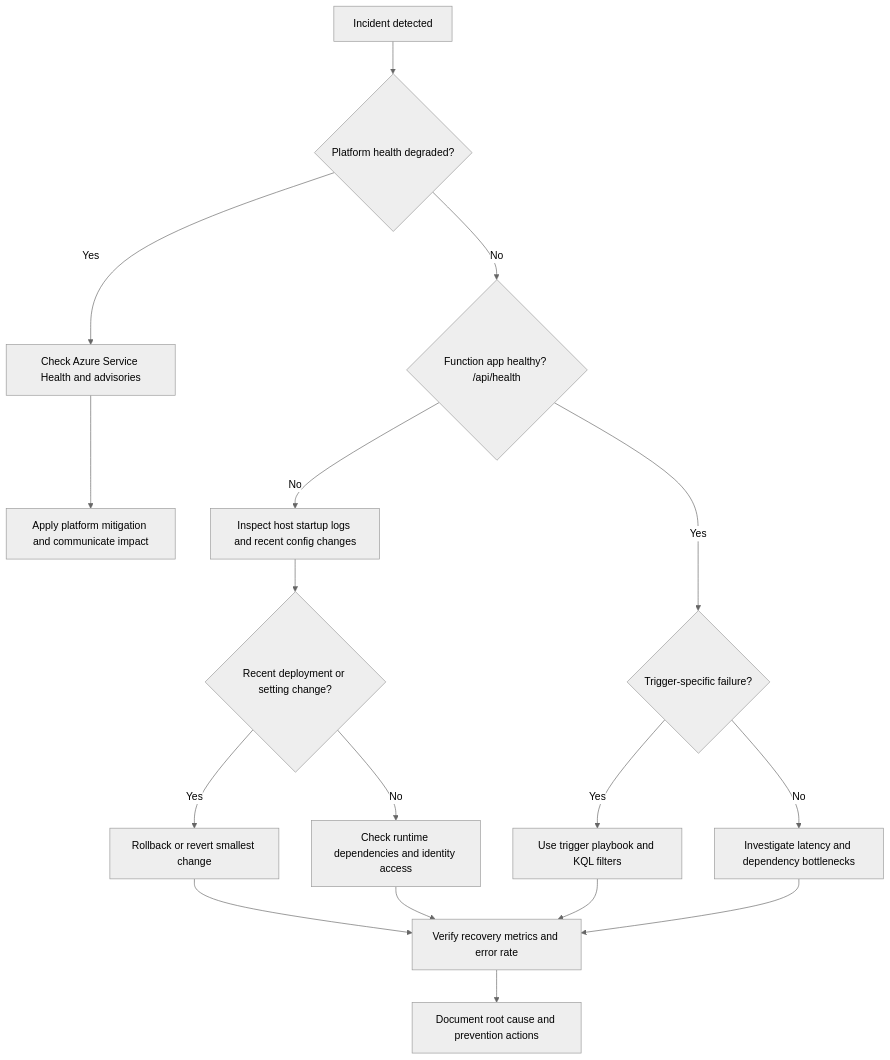
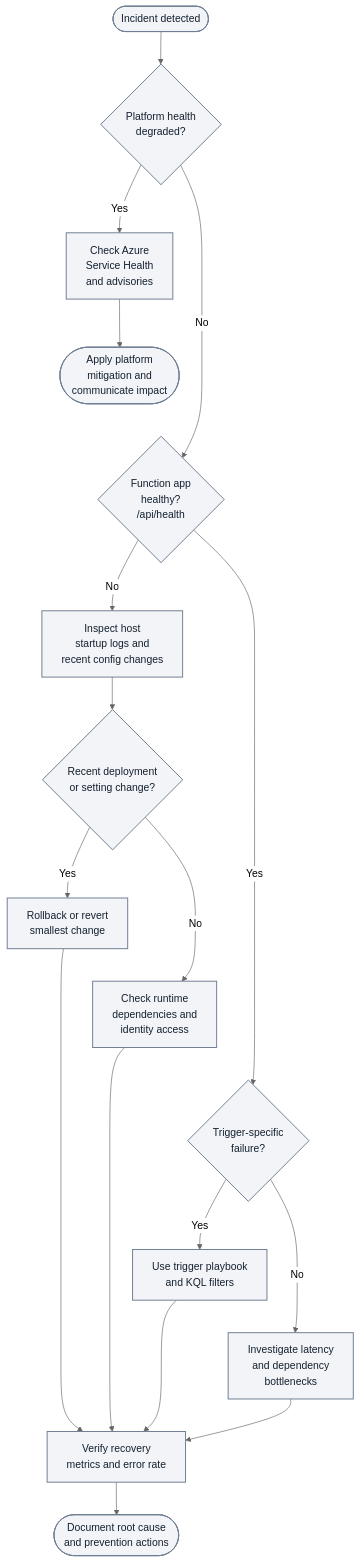
One commit to yeongseon/azure-functions-practical-guide changed the diagram in docs/troubleshooting/methodology.md. Above: the diagram before and after it, drawn with Mermaid (neutral theme). The commit also changed other lines of this file and 4 other files, not shown here.

First line of the commit message:
docs(diagrams): migrate Functions troubleshooting overview — mental model and methodology and related diagnostics (#456)

````diff
--- a/docs/troubleshooting/methodology.md
+++ b/docs/troubleshooting/methodology.md
@@ -172,19 +172,28 @@
 ```mermaid
 flowchart TD
-    A[Incident detected] --> B{Platform health degraded?}
-    B -->|Yes| C[Check Azure Service Health and advisories]
-    C --> D[Apply platform mitigation and communicate impact]
-    B -->|No| E{"Function app healthy? /api/health"}
-    E -->|No| F[Inspect host startup logs and recent config changes]
-    F --> G{Recent deployment or setting change?}
-    G -->|Yes| H[Rollback or revert smallest change]
-    G -->|No| I[Check runtime dependencies and identity access]
-    E -->|Yes| J{Trigger-specific failure?}
-    J -->|Yes| K[Use trigger playbook and KQL filters]
-    J -->|No| L[Investigate latency and dependency bottlenecks]
-    H --> M[Verify recovery metrics and error rate]
+    accTitle: Incident triage decision tree
+    accDescr: Illustrative Yes or No triage preserves platform mitigation, startup and configuration checks, rollback, dependency and identity checks, trigger playbooks, latency investigation, recovery verification and documentation. The health endpoint is an application-defined probe.
+    A(["Incident detected"]) --> B{"Platform health<br/>degraded?"}
+    B -->|Yes| C["Check Azure<br/>Service Health<br/>and advisories"]
+    C --> D(["Apply platform<br/>mitigation and<br/>communicate impact"])
+    B -->|No| E{"Function app<br/>healthy?<br/>/api/health"}
+    E -->|No| F["Inspect host<br/>startup logs and<br/>recent config changes"]
+    F --> G{"Recent deployment<br/>or setting change?"}
+    G -->|Yes| H["Rollback or revert<br/>smallest change"]
+    G -->|No| I["Check runtime<br/>dependencies and<br/>identity access"]
+    E -->|Yes| J{"Trigger-specific<br/>failure?"}
+    J -->|Yes| K["Use trigger playbook<br/>and KQL filters"]
+    J -->|No| L["Investigate latency<br/>and dependency<br/>bottlenecks"]
+    H --> M["Verify recovery<br/>metrics and error rate"]
     I --> M
     K --> M
     L --> M
-    M --> N[Document root cause and prevention actions]
+    M --> N(["Document root cause<br/>and prevention actions"])
+    %% Layout-only links serialize branches; they add no diagnostic steps or arrows.
+    D ~~~ E
+    H ~~~ I
+    I ~~~ J
+    K ~~~ L
+    classDef neutral fill:#f2f4f8,stroke:#707e93,stroke-width:1.5px,color:#14202e;
+    class A,B,C,D,E,F,G,H,I,J,K,L,M,N neutral;
 ```
````
